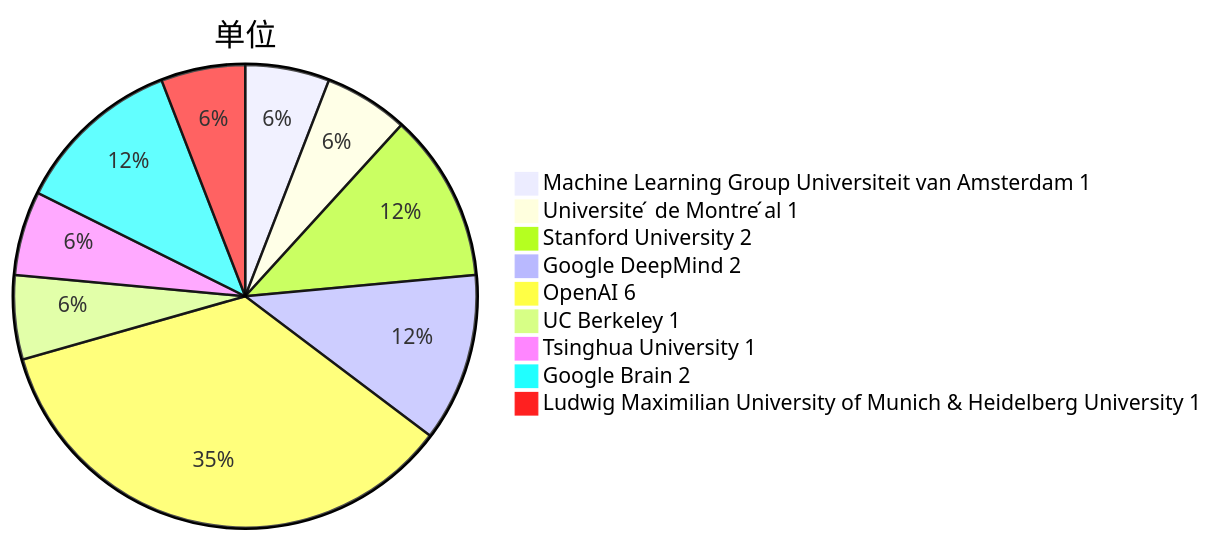
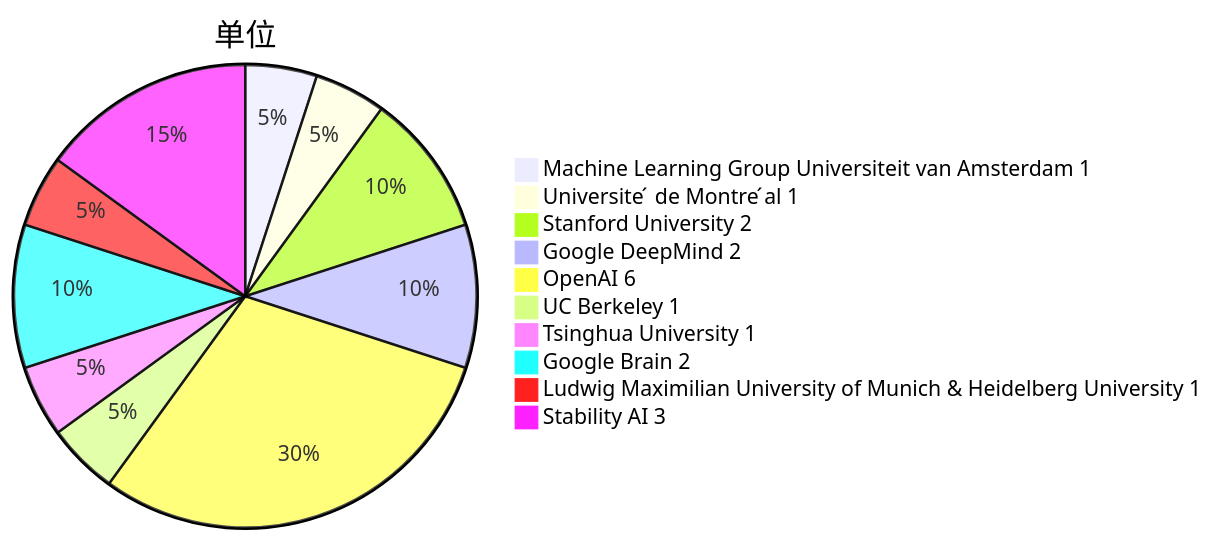
The third of 5 diagrams in Base_Model/GAN+VAE+Diffusion/analyse.md (Elephant-King9/Paper), drawn with Mermaid before and after one commit. The commit also changed other lines of this file and 2 other files, not shown here.

````diff
--- a/Base_Model/GAN+VAE+Diffusion/analyse.md
+++ b/Base_Model/GAN+VAE+Diffusion/analyse.md
@@ -56,12 +62,13 @@
 ```mermaid
 pie title 单位
     "Machine Learning Group Universiteit van Amsterdam 1" : 1
     "Universite ́ de Montre ́al 1" : 1
     "Stanford University 2" : 2
     "Google DeepMind 2" : 2
     "OpenAI 6" : 6
     "UC Berkeley 1" : 1
     "Tsinghua University 1" : 1
     "Google Brain 2" : 2
     "Ludwig Maximilian University of Munich & Heidelberg University 1" : 1
+    "Stability AI 3" : 3
 ```
````
